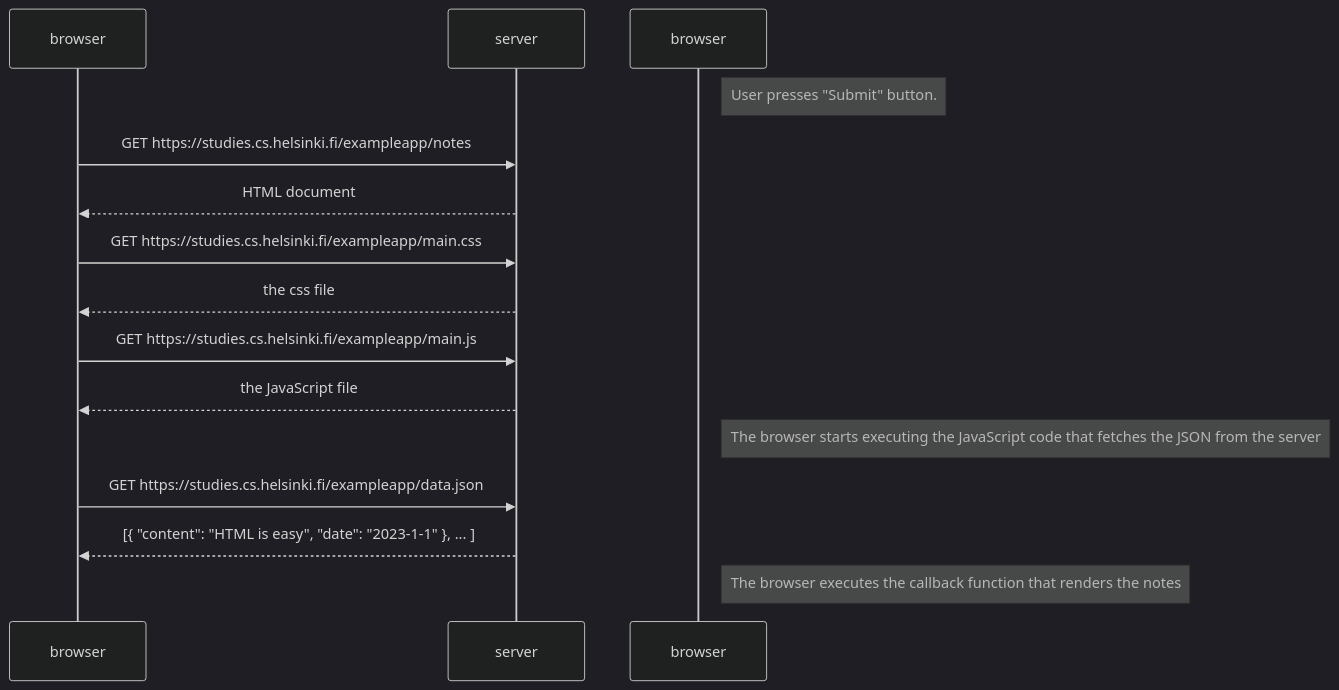
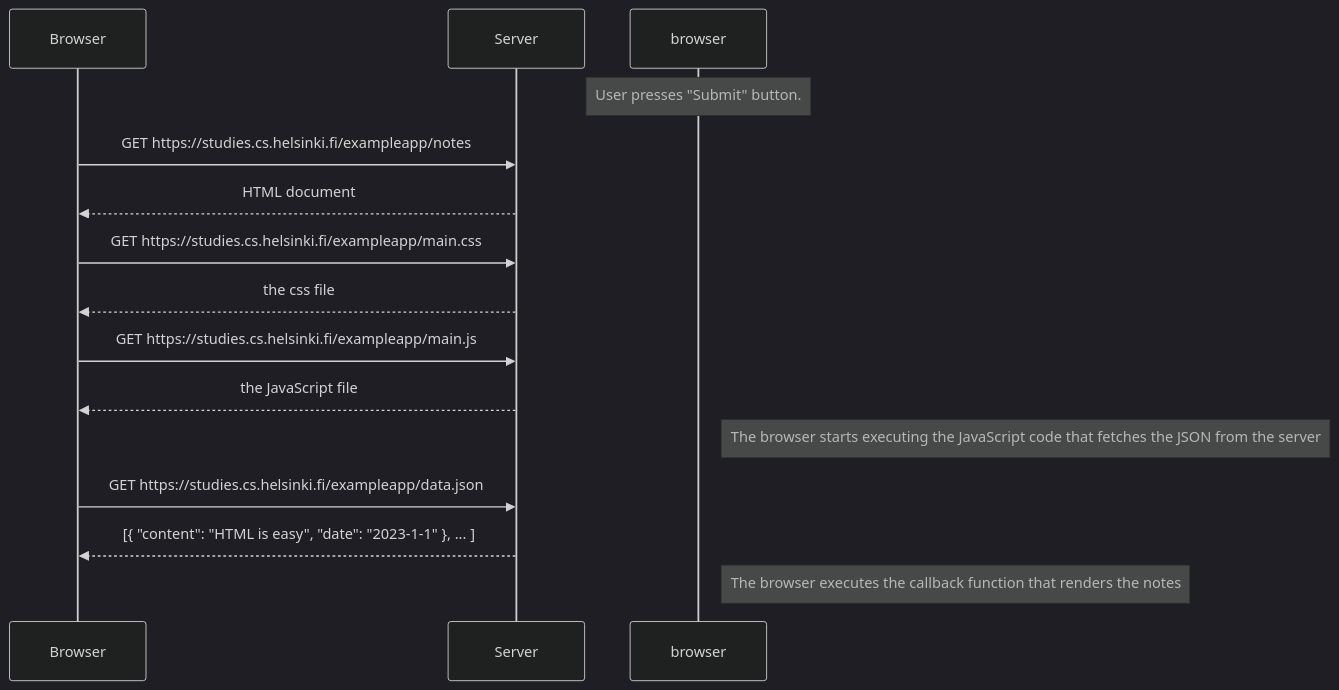
One commit to szmaragdynia/FullstackLearning changed the diagram in part0/excercise0-4.md. Above: the diagram before and after it, drawn with Mermaid (dark theme).

Commit message:
refurbishing mermaid sequence diagram syntax

````diff
--- a/part0/excercise0-4.md
+++ b/part0/excercise0-4.md
@@ -1,24 +1,24 @@
 ```mermaid
 sequenceDiagram
-    participant b as browser
-    participant s as server
+    participant b as Browser
+    participant s as Server
     
-    Note right of browser: User presses "Submit" button.
+    Note over browser: User presses "Submit" button.
 
     b->>s: GET https://studies.cs.helsinki.fi/exampleapp/notes
     s-->>b: HTML document
     
     b->>s: GET https://studies.cs.helsinki.fi/exampleapp/main.css
     s-->>b: the css file
     
     b->>s: GET https://studies.cs.helsinki.fi/exampleapp/main.js
     s-->>b: the JavaScript file
     
     Note right of browser: The browser starts executing the JavaScript code that fetches the JSON from the server
     
     b->>s: GET https://studies.cs.helsinki.fi/exampleapp/data.json
     s-->>b: [{ "content": "HTML is easy", "date": "2023-1-1" }, ... ]
 
     Note right of browser: The browser executes the callback function that renders the notes
     
 ```
````
